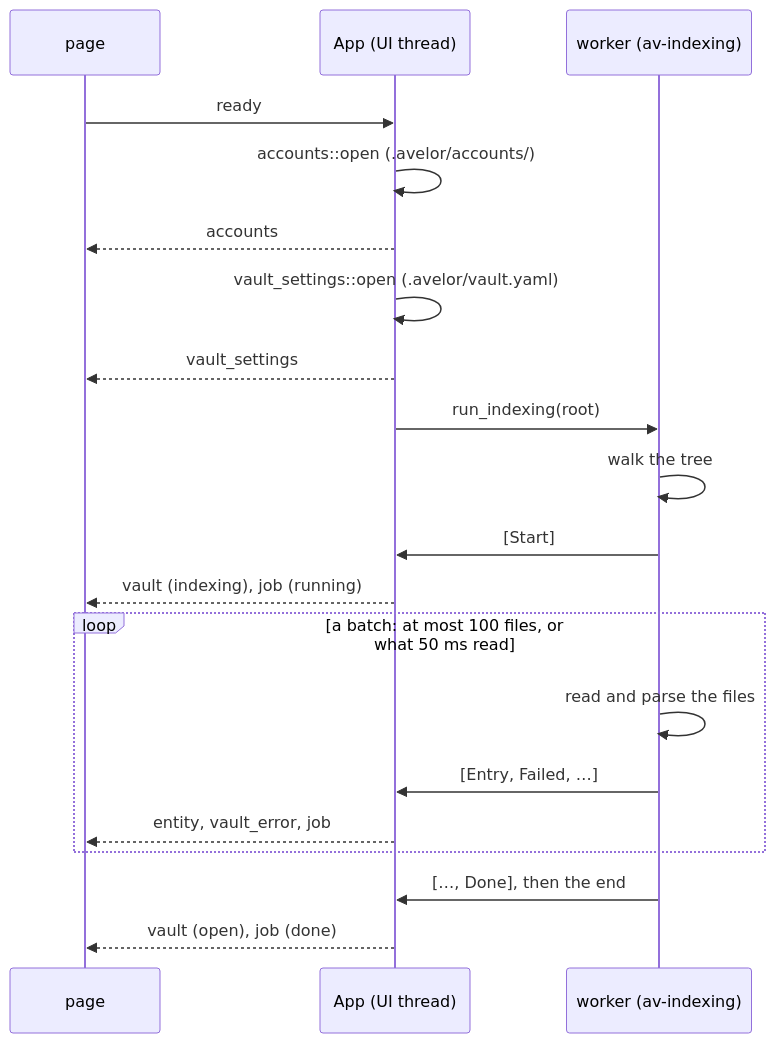
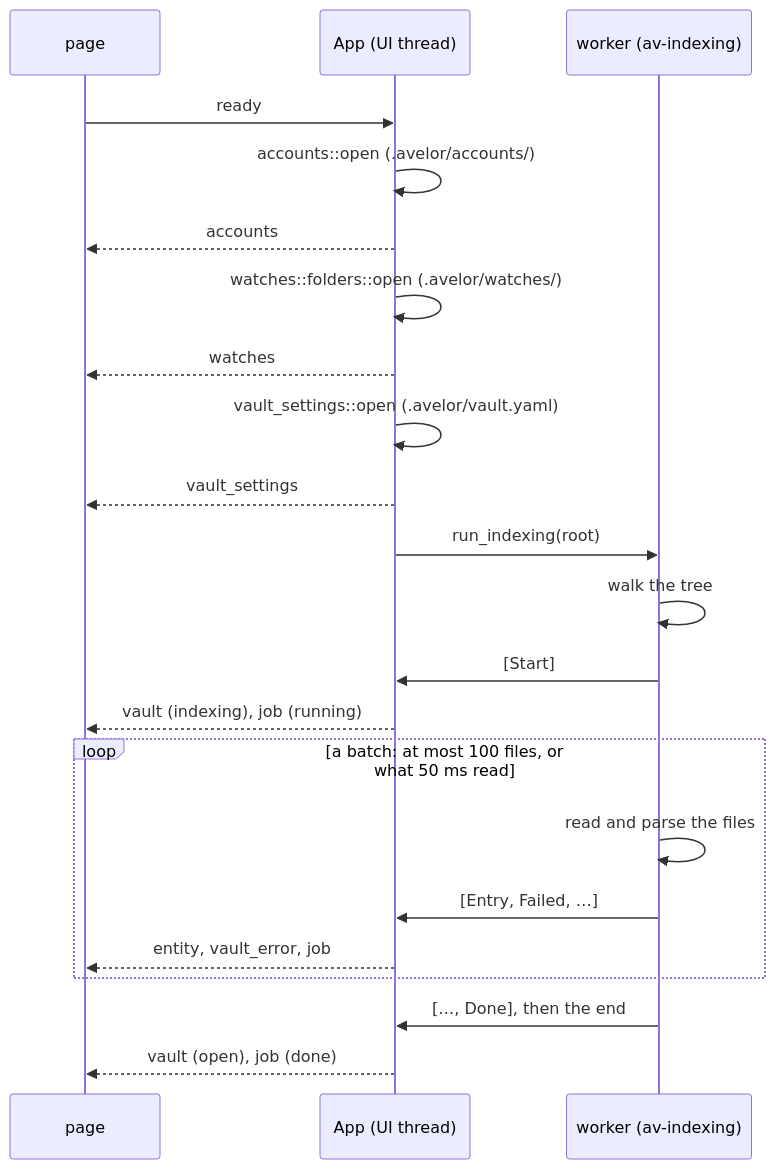
Before and after one commit to steschu77/avelor: the diagram in docs/vault.md, drawn with Mermaid. The commit also changed other lines of this file and 25 other files, not shown here.

````diff
--- a/docs/vault.md
+++ b/docs/vault.md
@@ -776,22 +779,24 @@
 ```mermaid
 sequenceDiagram
     participant P as page
     participant S as App (UI thread)
     participant W as worker (av-indexing)
     P->>S: ready
     S->>S: accounts::open (.avelor/accounts/)
     S-->>P: accounts
+    S->>S: watches::folders::open (.avelor/watches/)
+    S-->>P: watches
     S->>S: vault_settings::open (.avelor/vault.yaml)
     S-->>P: vault_settings
     S->>W: run_indexing(root)
     W->>W: walk the tree
     W->>S: [Start]
     S-->>P: vault (indexing), job (running)
     loop a batch: at most 100 files, or what 50 ms read
         W->>W: read and parse the files
         W->>S: [Entry, Failed, …]
         S-->>P: entity, vault_error, job
     end
     W->>S: […, Done], then the end
     S-->>P: vault (open), job (done)
 ```
````
